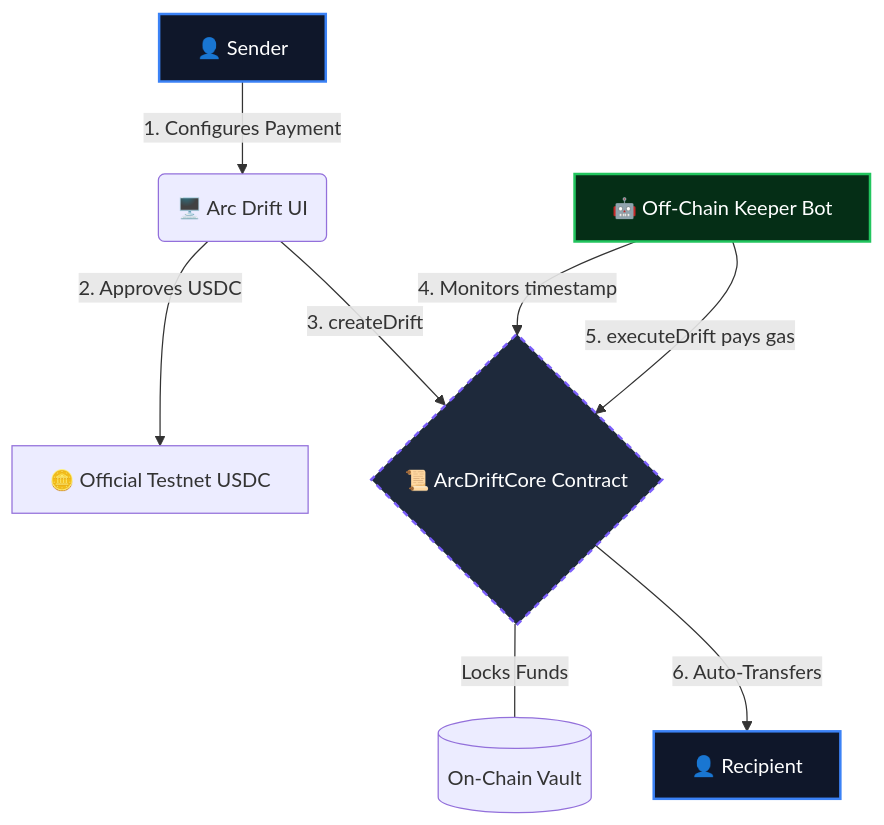
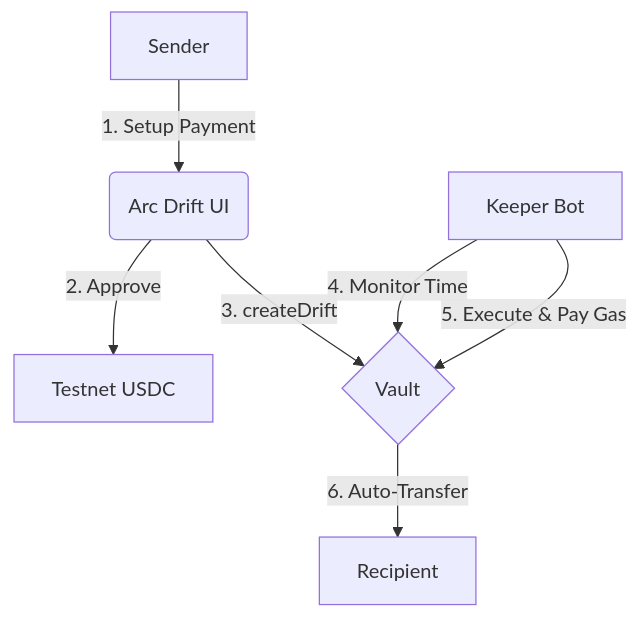
The diagram in README.md (0xNexuz/arc-drifts), drawn with Mermaid before and after one commit. The commit also changed other lines of this file, not shown here.

````diff
--- a/README.md
+++ b/README.md
@@ -34,21 +24,9 @@
 ```mermaid
 graph TD
-    Sender[👤 Sender] -->|1. Configures Payment| UI(🖥️ Arc Drift UI)
-    UI -->|2. Approves USDC| USDC[🪙 Official Testnet USDC]
-    UI -->|3. createDrift| Contract{📜 ArcDriftCore Contract}
-    
-    Contract ---|Locks Funds| Vault[(On-Chain Vault)]
-    
-    Bot[🤖 Off-Chain Keeper Bot] -->|4. Monitors timestamp| Contract
-    Bot -->|5. executeDrift pays gas| Contract
-    
-    Contract -->|6. Auto-Transfers| Recipient[👤 Recipient]
-    
-    classDef contract fill:#1E293B,stroke:#7B5EFA,stroke-width:2px,color:#fff,stroke-dasharray: 5 5;
-    classDef user fill:#0F172A,stroke:#3B82F6,stroke-width:2px,color:#fff;
-    classDef bot fill:#052E16,stroke:#22C55E,stroke-width:2px,color:#fff;
-    
-    class Sender,Recipient user;
-    class Contract contract;
-    class Bot bot; 
+    Sender -->|1. Setup Payment| UI(Arc Drift UI)
+    UI -->|2. Approve| USDC[Testnet USDC]
+    UI -->|3. createDrift| Contract{Vault}
+    Bot[Keeper Bot] -->|4. Monitor Time| Contract
+    Bot -->|5. Execute & Pay Gas| Contract
+    Contract -->|6. Auto-Transfer| Recipient
 ```
````
